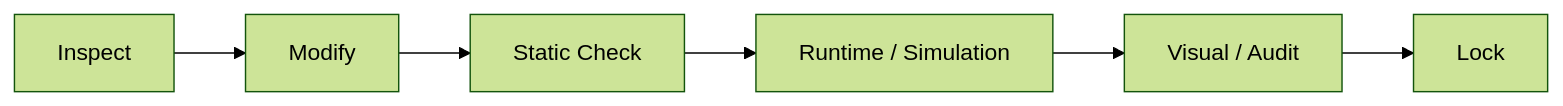
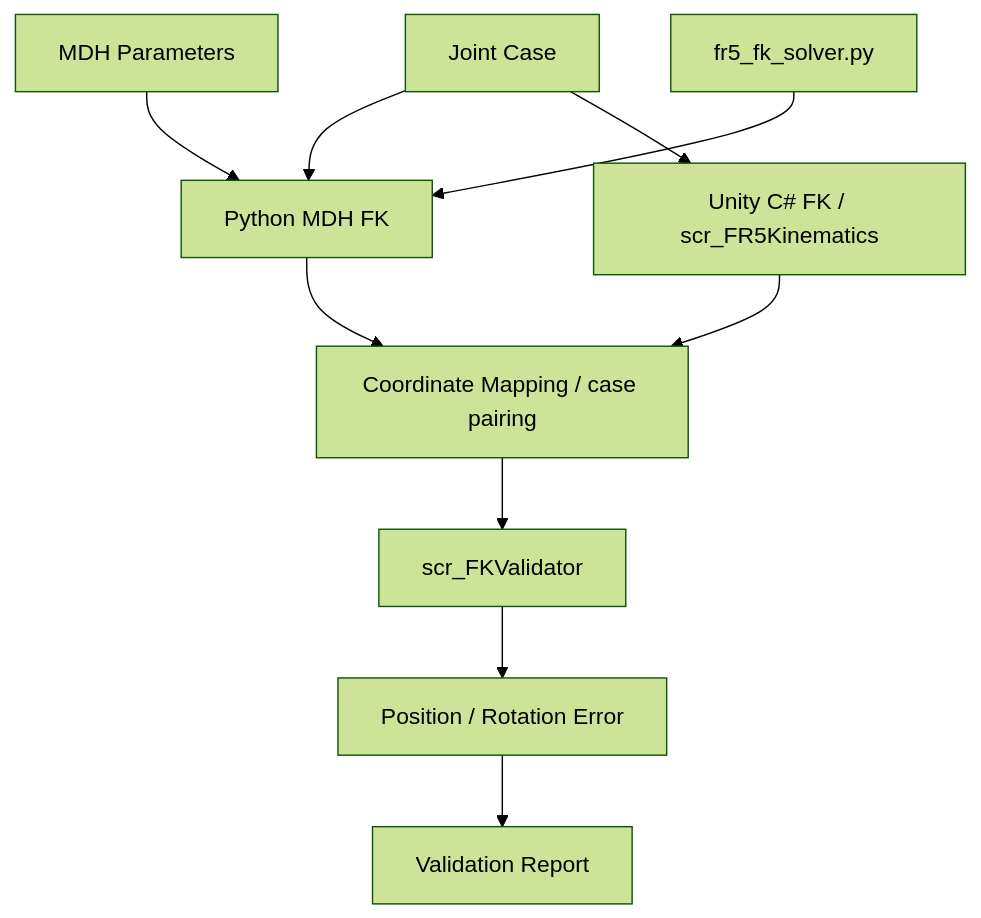
The diagram in docs/05_validation.md (seongyeop-dev/fr5-unity-digital-twin), drawn with Mermaid (forest theme) before and after one commit. The commit also changed other lines of this file and 49 other files, not shown here.

````diff
--- a/docs/05_validation.md
+++ b/docs/05_validation.md
@@ -11,8 +43,12 @@
 ```mermaid
-flowchart LR
-    I["Inspect"] --> M["Modify"]
-    M --> S["Static Check"]
-    S --> R["Runtime / Simulation"]
-    R --> V["Visual / Audit"]
-    V --> L["Lock"]
+flowchart TD
+    J["Joint Case"] --> P["Python MDH FK"]
+    PARAM["MDH Parameters"] --> P
+    SOLVER["fr5_fk_solver.py"] --> P
+    J --> C["Unity C# FK / scr_FR5Kinematics"]
+    P --> MAP["Coordinate Mapping / case pairing"]
+    C --> MAP
+    MAP --> V["scr_FKValidator"]
+    V --> ERR["Position / Rotation Error"]
+    ERR --> REPORT["Validation Report"]
 ```
````
